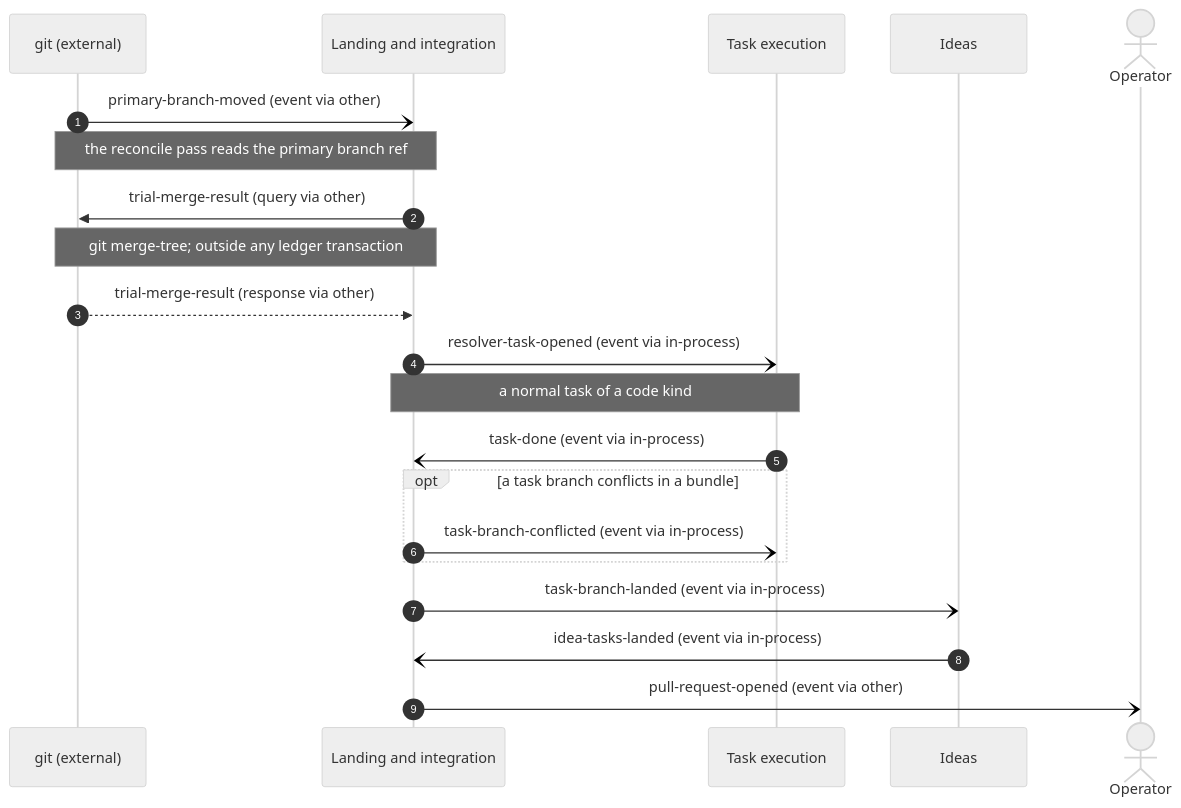
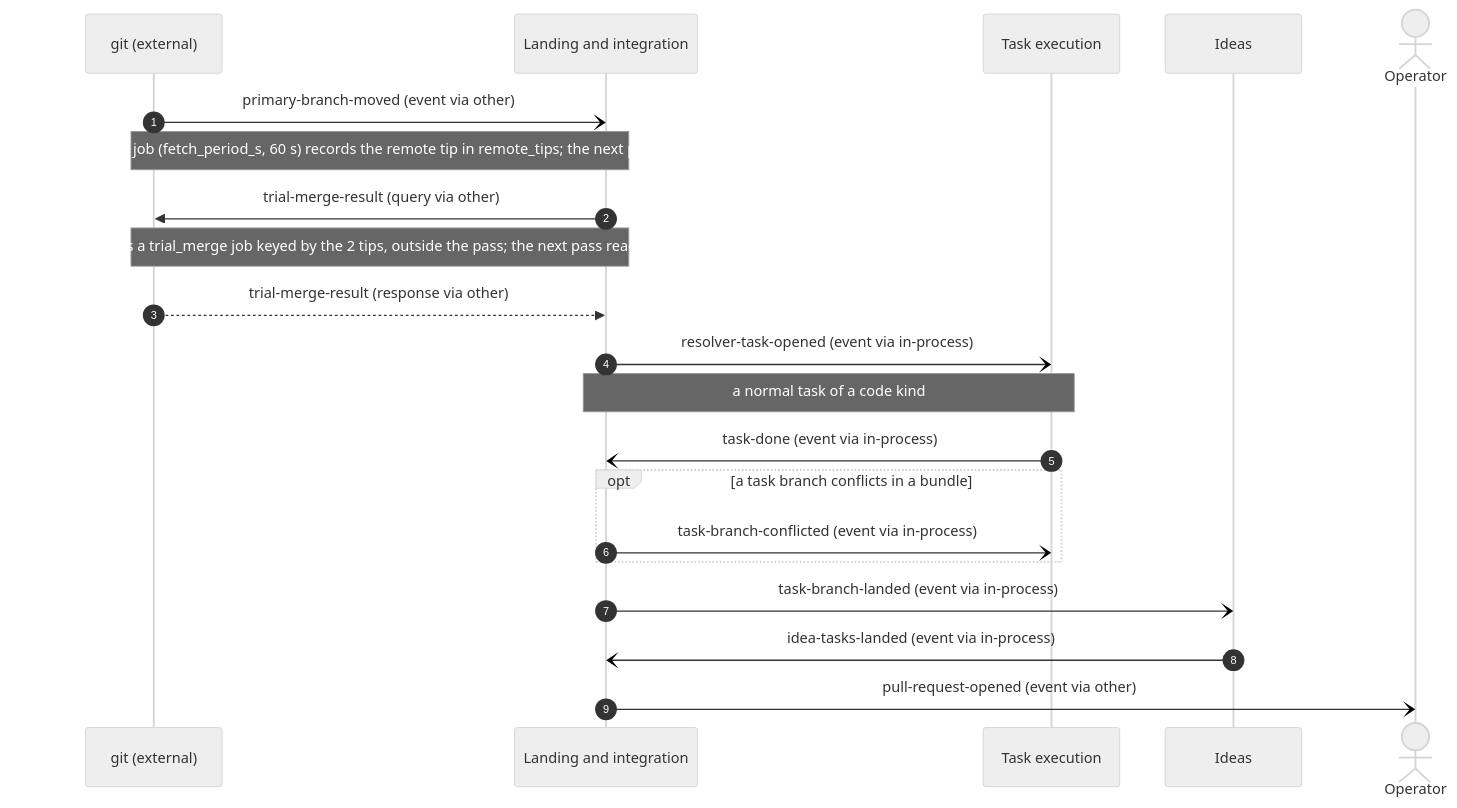
The seventh of 14 diagrams in ddd/05-connect/message-flows.md (MattMakes/multi-herdr), drawn with Mermaid (neutral theme) before and after one commit. The commit also changed other lines of this file and 19 other files, not shown here.

````diff
--- a/ddd/05-connect/message-flows.md
+++ b/ddd/05-connect/message-flows.md
@@ -289,23 +289,23 @@
 ```mermaid
 sequenceDiagram
   autonumber
   participant git as git (external)
   participant integration as Landing and integration
   participant task_execution as Task execution
   participant ideas as Ideas
   actor operator as Operator
   git-)integration: primary-branch-moved (event via other)
-  Note over git,integration: the reconcile pass reads the primary branch ref
+  Note over git,integration: the periodic fetch job (fetch_period_s, 60 s) records the remote tip in remote_tips#59; the next pass reads it (A23)
   integration->>git: trial-merge-result (query via other)
-  Note over integration,git: git merge-tree#59; outside any ledger transaction
+  Note over integration,git: git merge-tree as a trial_merge job keyed by the 2 tips, outside the pass#59; the next pass reads its result (A23)
   git-->>integration: trial-merge-result (response via other)
   integration-)task_execution: resolver-task-opened (event via in-process)
   Note over integration,task_execution: a normal task of a code kind
   task_execution-)integration: task-done (event via in-process)
   opt a task branch conflicts in a bundle
     integration-)task_execution: task-branch-conflicted (event via in-process)
   end
   integration-)ideas: task-branch-landed (event via in-process)
   ideas-)integration: idea-tasks-landed (event via in-process)
   integration-)operator: pull-request-opened (event via other)
 ```
````
